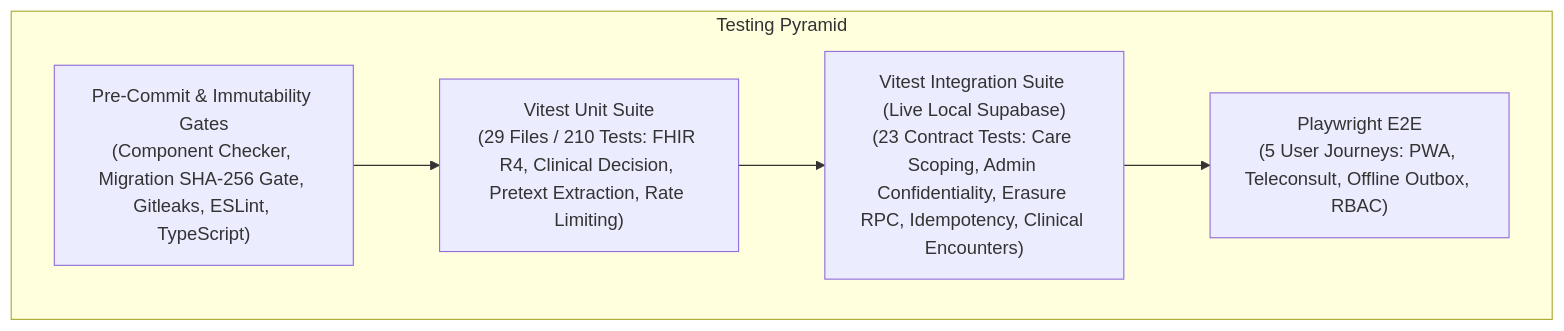
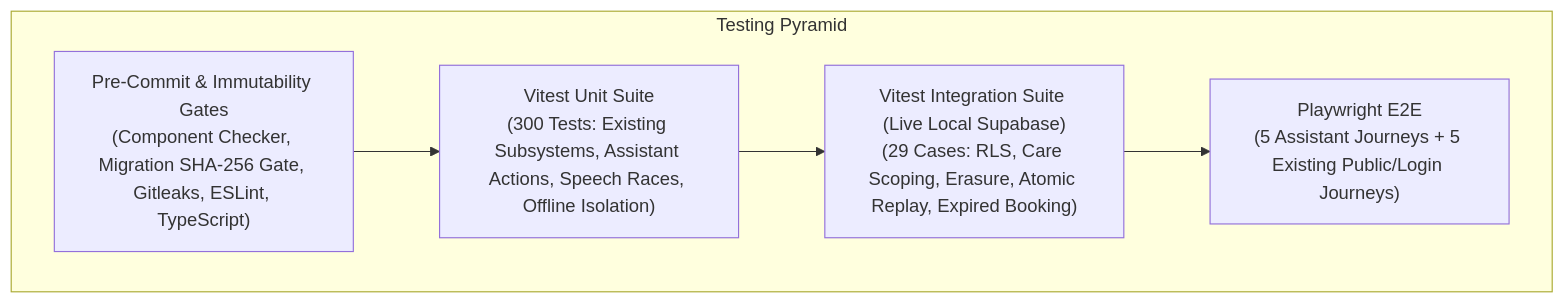
One commit to Arnavshukla09/RURAL-HEALTHCARE-PLATFORM changed the diagram in docs/TESTING.md. Above: the diagram before and after it, drawn with Mermaid. The commit also changed other lines of this file and 142 other files, not shown here.

First line of the commit message:
snapshot(voice-assistant): persistent multilingual avatar, offline actions, and release guidance

````diff
--- a/docs/TESTING.md
+++ b/docs/TESTING.md
@@ -11,13 +11,13 @@
 ```mermaid
 flowchart TD
     subgraph TestingPyramid["Testing Pyramid"]
-        E2E["Playwright E2E\n(5 User Journeys: PWA, Teleconsult, Offline Outbox, RBAC)"]
-        Integration["Vitest Integration Suite (Live Local Supabase)\n(23 Contract Tests: Care Scoping, Admin Confidentiality, Erasure RPC, Idempotency, Clinical Encounters)"]
-        Unit["Vitest Unit Suite\n(29 Files / 210 Tests: FHIR R4, Clinical Decision, Pretext Extraction, Rate Limiting)"]
+        E2E["Playwright E2E\n(5 Assistant Journeys + 5 Existing Public/Login Journeys)"]
+        Integration["Vitest Integration Suite (Live Local Supabase)\n(29 Cases: RLS, Care Scoping, Erasure, Atomic Replay, Expired Booking)"]
+        Unit["Vitest Unit Suite\n(300 Tests: Existing Subsystems, Assistant Actions, Speech Races, Offline Isolation)"]
         Static["Pre-Commit & Immutability Gates\n(Component Checker, Migration SHA-256 Gate, Gitleaks, ESLint, TypeScript)"]
     end
 
     Static --> Unit
     Unit --> Integration
     Integration --> E2E
 ```
````
